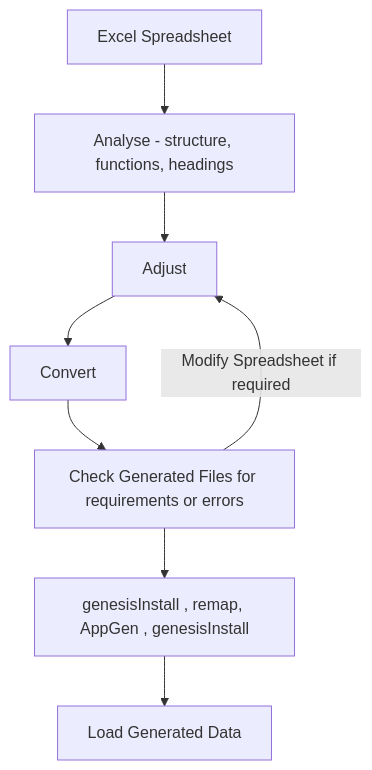
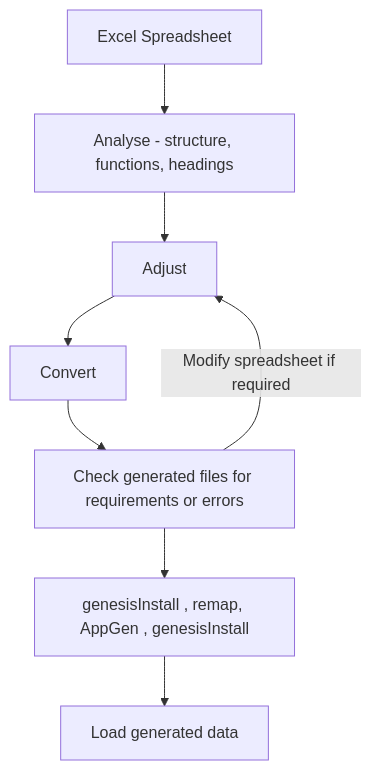
Before and after one commit to genesiscommunitysuccess/docs: the diagram in docs/03_server-modules/10_integration/09_excel-to-genesis/03_quick-guide.md, drawn with Mermaid. The commit also changed other lines of this file, not shown here.

````diff
--- a/docs/03_server-modules/10_integration/09_excel-to-genesis/03_quick-guide.md
+++ b/docs/03_server-modules/10_integration/09_excel-to-genesis/03_quick-guide.md
@@ -23,10 +23,10 @@
 ```mermaid
 graph TD
 A[Excel Spreadsheet] --> B[Analyse - structure, functions, headings]
 B --> C[Adjust]
 C -->D[Convert]
-D -->E[Check Generated Files for requirements or errors]
-E -->|Modify Spreadsheet if required|C
+D -->E[Check generated files for requirements or errors]
+E -->|Modify spreadsheet if required|C
 E -->F[genesisInstall , remap, AppGen , genesisInstall]
-F -->G[Load Generated Data]
+F -->G[Load generated data]
 ```
````
